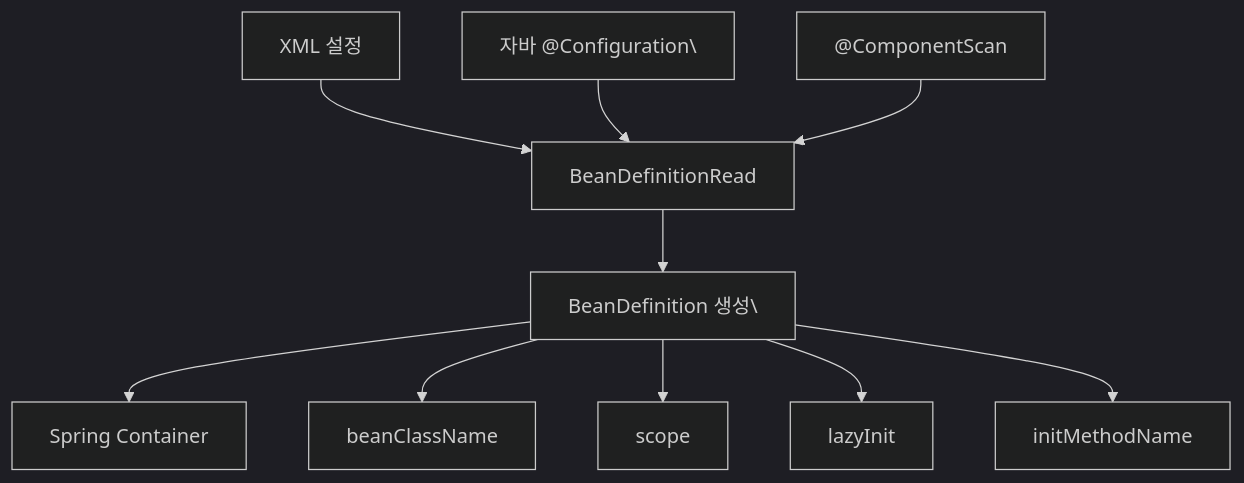
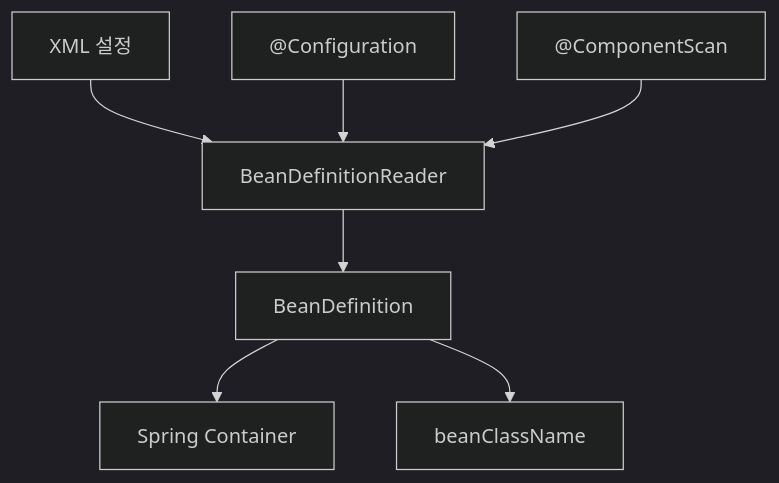
The tenth of 13 diagrams in _posts/spring/2026-05-02-spring-core-basic.md (yjkim2015/yjkim2015.github.io), drawn with Mermaid (dark theme) before and after one commit. The commit also changed other lines of this file and 155 other files, not shown here.

First line of the commit message:
Mermaid 전면 수정: subgraph 제거, participant/노드/줄수 축소 (342블록)

````diff
--- a/_posts/spring/2026-05-02-spring-core-basic.md
+++ b/_posts/spring/2026-05-02-spring-core-basic.md
@@ -619,12 +619,9 @@
 ```mermaid
 graph TD
-    A["XML 설정"] --> C["BeanDefinitionRead"]
-    B["자바 @Configuration\"] --> C
+    A["XML 설정"] --> C["BeanDefinitionReader"]
+    B["@Configuration"] --> C
     D["@ComponentScan"] --> C
-    C --> E["BeanDefinition 생성\"]
+    C --> E["BeanDefinition"]
     E --> F["Spring Container"]
     E --> G["beanClassName"]
-    E --> H["scope"]
-    E --> I["lazyInit"]
-    E --> J["initMethodName"]
 ```
````
